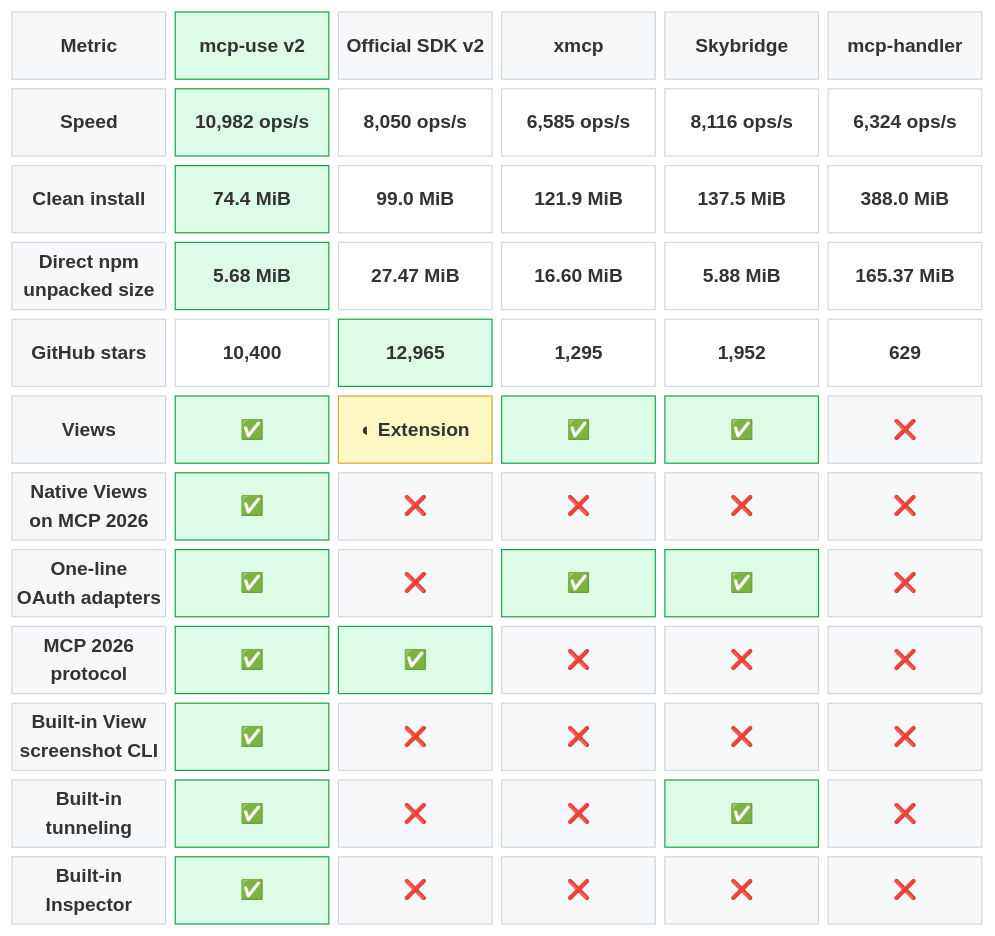
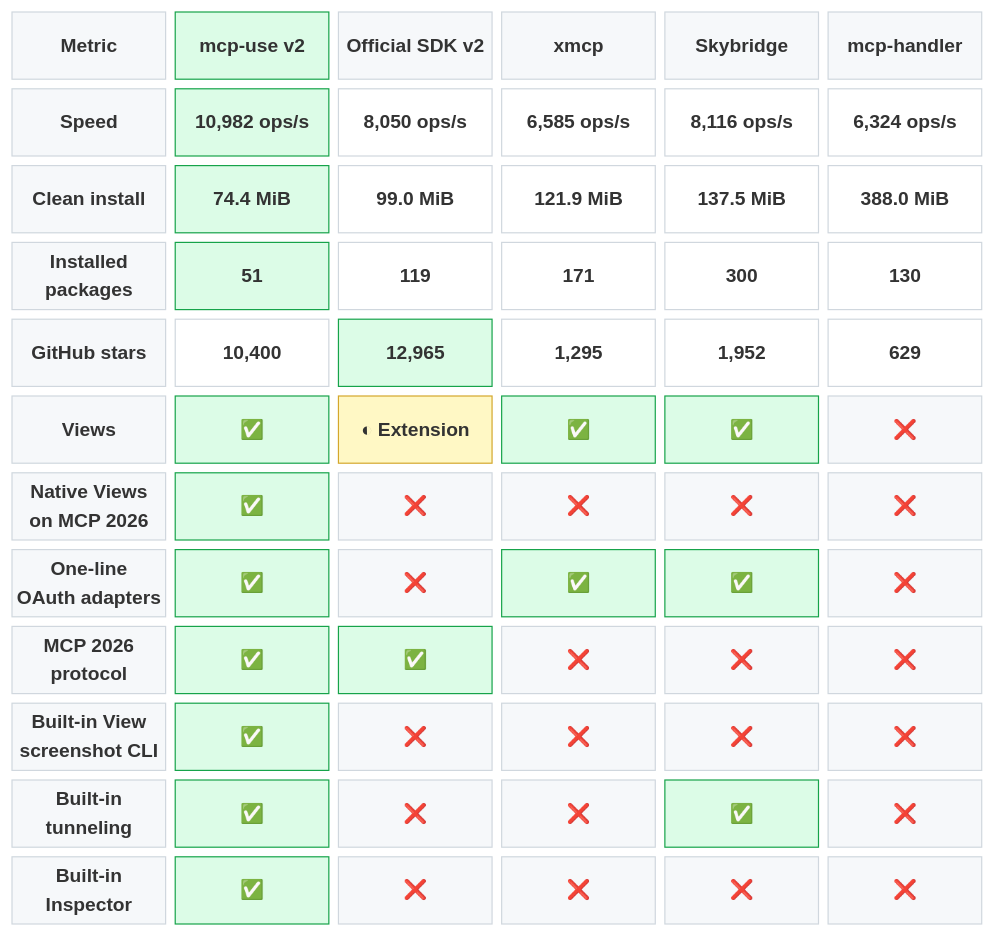
One commit to mcp-use/mcp-use changed the first of 2 diagrams in README.md. Above: the diagram before and after it, drawn with Mermaid. The commit also changed other lines of this file, not shown here.

Commit message:
docs: compare installed package counts

````diff
--- a/README.md
+++ b/README.md
@@ -248,34 +248,34 @@
 ```mermaid
 block-beta
   columns 6
 
   metric["Metric"] mcp["mcp-use v2"] official["Official SDK v2"] xmcp["xmcp"] skybridge["Skybridge"] handler["mcp-handler"]
 
   speed["Speed"] speedMcp["10,982 ops/s"] speedOfficial["8,050 ops/s"] speedXmcp["6,585 ops/s"] speedSkybridge["8,116 ops/s"] speedHandler["6,324 ops/s"]
   install["Clean install"] installMcp["74.4 MiB"] installOfficial["99.0 MiB"] installXmcp["121.9 MiB"] installSkybridge["137.5 MiB"] installHandler["388.0 MiB"]
-  unpacked["Direct npm<br/>unpacked size"] unpackedMcp["5.68 MiB"] unpackedOfficial["27.47 MiB"] unpackedXmcp["16.60 MiB"] unpackedSkybridge["5.88 MiB"] unpackedHandler["165.37 MiB"]
+  packages["Installed<br/>packages"] packagesMcp["51"] packagesOfficial["119"] packagesXmcp["171"] packagesSkybridge["300"] packagesHandler["130"]
   stars["GitHub stars"] starsMcp["10,400"] starsOfficial["12,965"] starsXmcp["1,295"] starsSkybridge["1,952"] starsHandler["629"]
   views["Views"] viewsMcp["✅"] viewsOfficial["◐ Extension"] viewsXmcp["✅"] viewsSkybridge["✅"] viewsHandler["❌"]
   nativeViews["Native Views<br/>on MCP 2026"] nativeViewsMcp["✅"] nativeViewsOfficial["❌"] nativeViewsXmcp["❌"] nativeViewsSkybridge["❌"] nativeViewsHandler["❌"]
   oauth["One-line<br/>OAuth adapters"] oauthMcp["✅"] oauthOfficial["❌"] oauthXmcp["✅"] oauthSkybridge["✅"] oauthHandler["❌"]
   protocol["MCP 2026<br/>protocol"] protocolMcp["✅"] protocolOfficial["✅"] protocolXmcp["❌"] protocolSkybridge["❌"] protocolHandler["❌"]
   screenshot["Built-in View<br/>screenshot CLI"] screenshotMcp["✅"] screenshotOfficial["❌"] screenshotXmcp["❌"] screenshotSkybridge["❌"] screenshotHandler["❌"]
   tunnel["Built-in<br/>tunneling"] tunnelMcp["✅"] tunnelOfficial["❌"] tunnelXmcp["❌"] tunnelSkybridge["✅"] tunnelHandler["❌"]
   inspector["Built-in<br/>Inspector"] inspectorMcp["✅"] inspectorOfficial["❌"] inspectorXmcp["❌"] inspectorSkybridge["❌"] inspectorHandler["❌"]
 
   classDef label fill:#f6f8fa,stroke:#d0d7de,color:#1f2328,font-weight:bold
   classDef brand fill:#dcfce7,stroke:#16a34a,color:#166534,font-weight:bold
   classDef header fill:#f6f8fa,stroke:#d0d7de,color:#1f2328,font-weight:bold
   classDef value fill:#ffffff,stroke:#d0d7de,color:#1f2328
   classDef leader fill:#dcfce7,stroke:#16a34a,color:#166534,font-weight:bold
   classDef partial fill:#fff8c5,stroke:#d4a72c,color:#633c01,font-weight:bold
   classDef unavailable fill:#f6f8fa,stroke:#d0d7de,color:#6e7781
 
-  class metric,speed,install,unpacked,stars,views,nativeViews,oauth,protocol,screenshot,tunnel,inspector label
+  class metric,speed,install,packages,stars,views,nativeViews,oauth,protocol,screenshot,tunnel,inspector label
   class mcp brand
   class official,xmcp,skybridge,handler header
-  class speedOfficial,speedXmcp,speedSkybridge,speedHandler,installOfficial,installXmcp,installSkybridge,installHandler,unpackedOfficial,unpackedXmcp,unpackedSkybridge,unpackedHandler,starsMcp,starsXmcp,starsSkybridge,starsHandler value
-  class speedMcp,installMcp,unpackedMcp,starsOfficial,viewsMcp,viewsXmcp,viewsSkybridge,nativeViewsMcp,oauthMcp,oauthXmcp,oauthSkybridge,protocolMcp,protocolOfficial,screenshotMcp,tunnelMcp,tunnelSkybridge,inspectorMcp leader
+  class speedOfficial,speedXmcp,speedSkybridge,speedHandler,installOfficial,installXmcp,installSkybridge,installHandler,packagesOfficial,packagesXmcp,packagesSkybridge,packagesHandler,starsMcp,starsXmcp,starsSkybridge,starsHandler value
+  class speedMcp,installMcp,packagesMcp,starsOfficial,viewsMcp,viewsXmcp,viewsSkybridge,nativeViewsMcp,oauthMcp,oauthXmcp,oauthSkybridge,protocolMcp,protocolOfficial,screenshotMcp,tunnelMcp,tunnelSkybridge,inspectorMcp leader
   class viewsOfficial partial
   class viewsHandler,nativeViewsOfficial,nativeViewsXmcp,nativeViewsSkybridge,nativeViewsHandler,oauthOfficial,oauthHandler,protocolXmcp,protocolSkybridge,protocolHandler,screenshotOfficial,screenshotXmcp,screenshotSkybridge,screenshotHandler,tunnelOfficial,tunnelXmcp,tunnelHandler,inspectorOfficial,inspectorXmcp,inspectorSkybridge,inspectorHandler unavailable
 ```
````
